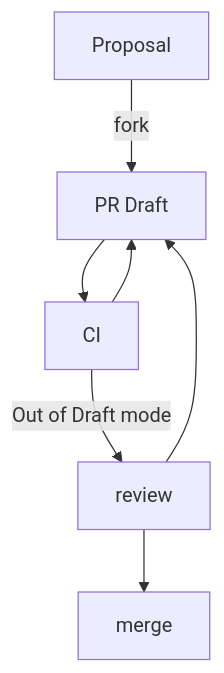
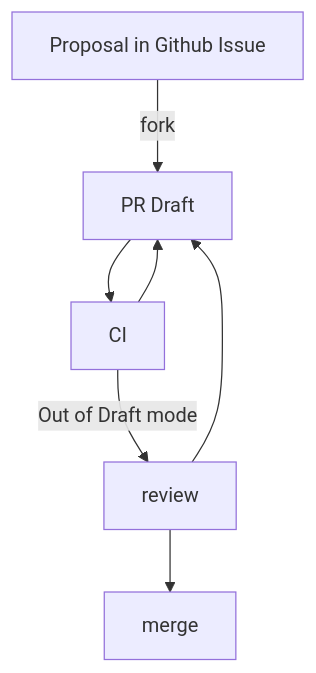
One commit to rexzhang/asgi-webdav changed the diagram in docs/contributing.en.md. Above: the diagram before and after it, drawn with Mermaid. The commit also changed 4 other files, not shown here.

````diff
--- a/docs/contributing.en.md
+++ b/docs/contributing.en.md
@@ -27,7 +27,7 @@
 ```mermaid
 graph TD
-    A[Proposal] -->|fork| C[PR Draft]
+    A[Proposal in Github Issue] -->|fork| C[PR Draft]
     C --> D[CI] --> C
     D -->|Out of Draft mode| E[review] --> C
     E --> F[merge]
 ```
````
